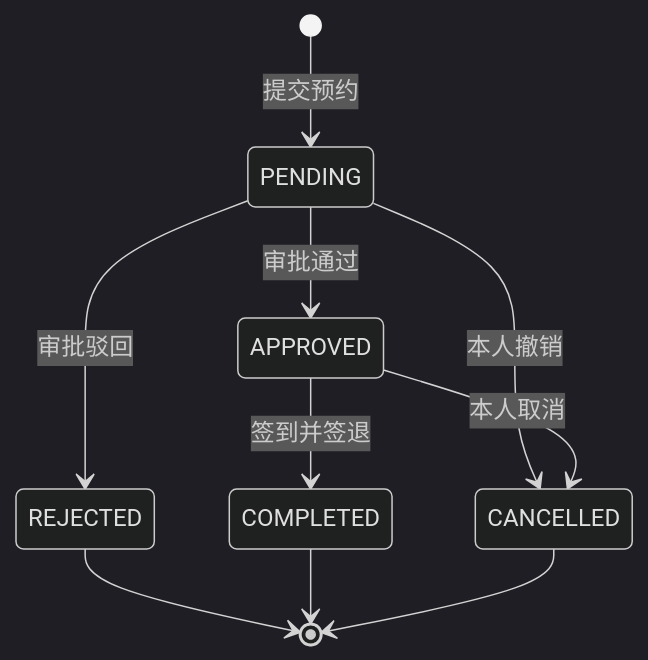
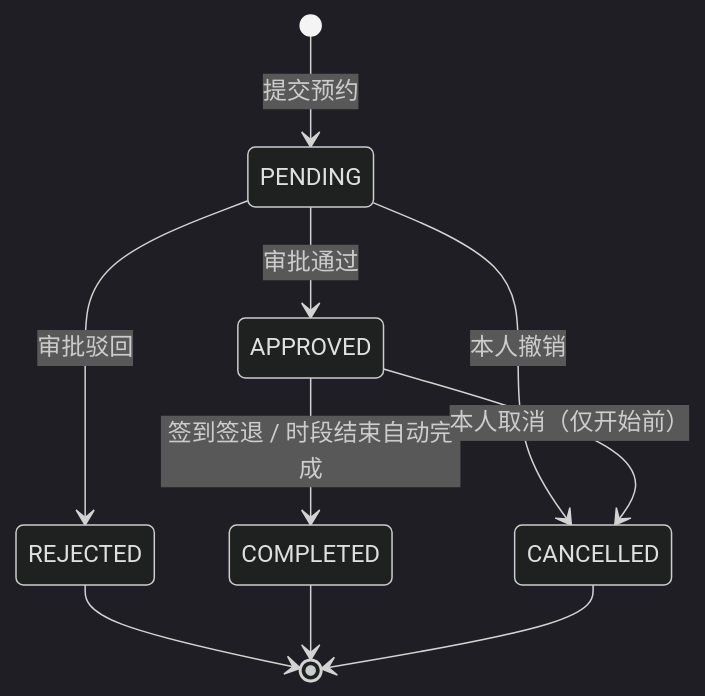
One commit to Wink-wangchuan/lab-reservation-system changed the second of 4 diagrams in README.md. Above: the diagram before and after it, drawn with Mermaid (dark theme). The commit also changed other lines of this file, not shown here.

````diff
--- a/README.md
+++ b/README.md
@@ -304,12 +320,12 @@
 ```mermaid
 stateDiagram-v2
     [*] --> PENDING: 提交预约
     PENDING --> APPROVED: 审批通过
     PENDING --> REJECTED: 审批驳回
     PENDING --> CANCELLED: 本人撤销
-    APPROVED --> COMPLETED: 签到并签退
-    APPROVED --> CANCELLED: 本人取消
+    APPROVED --> COMPLETED: 签到签退 / 时段结束自动完成
+    APPROVED --> CANCELLED: 本人取消（仅开始前）
     REJECTED --> [*]
     COMPLETED --> [*]
     CANCELLED --> [*]
 ```
````
